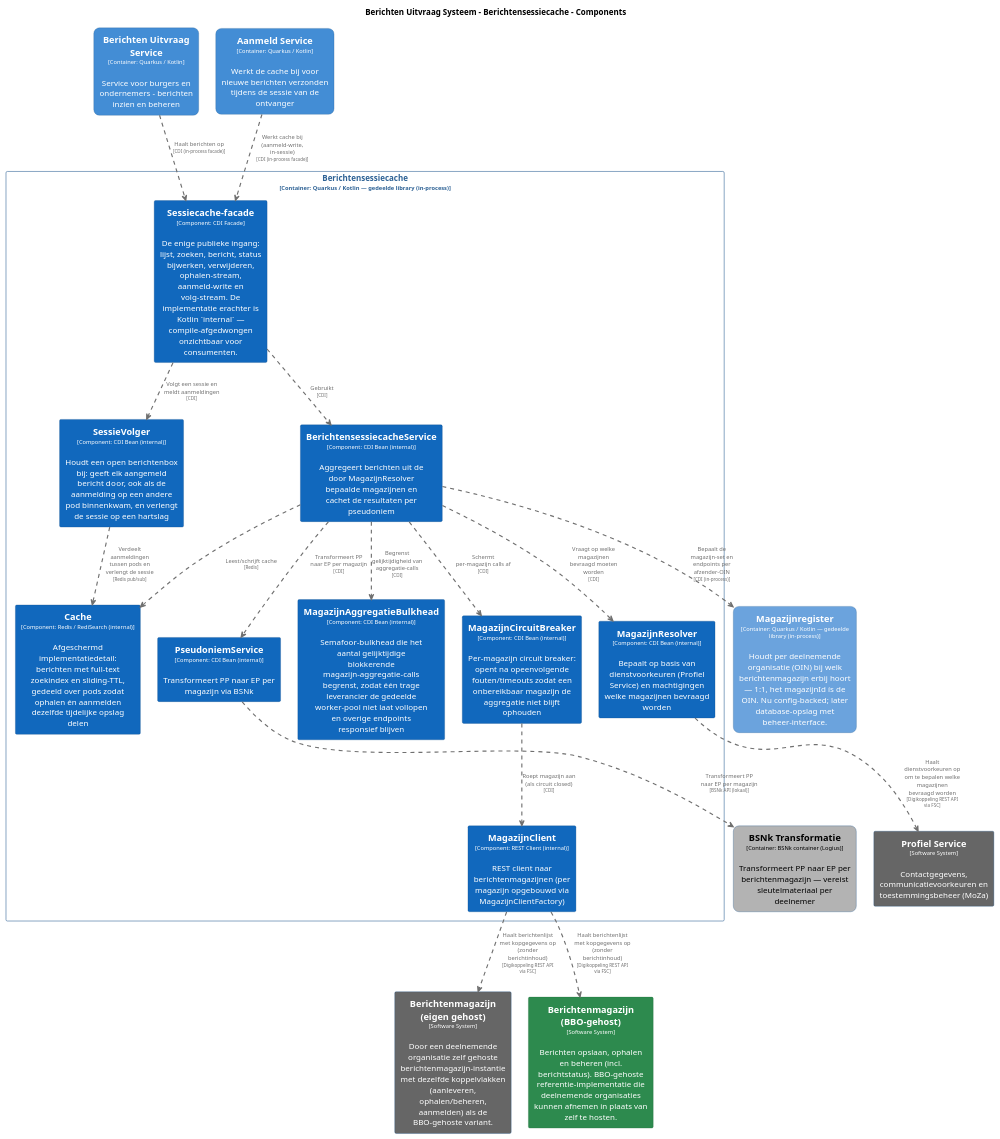
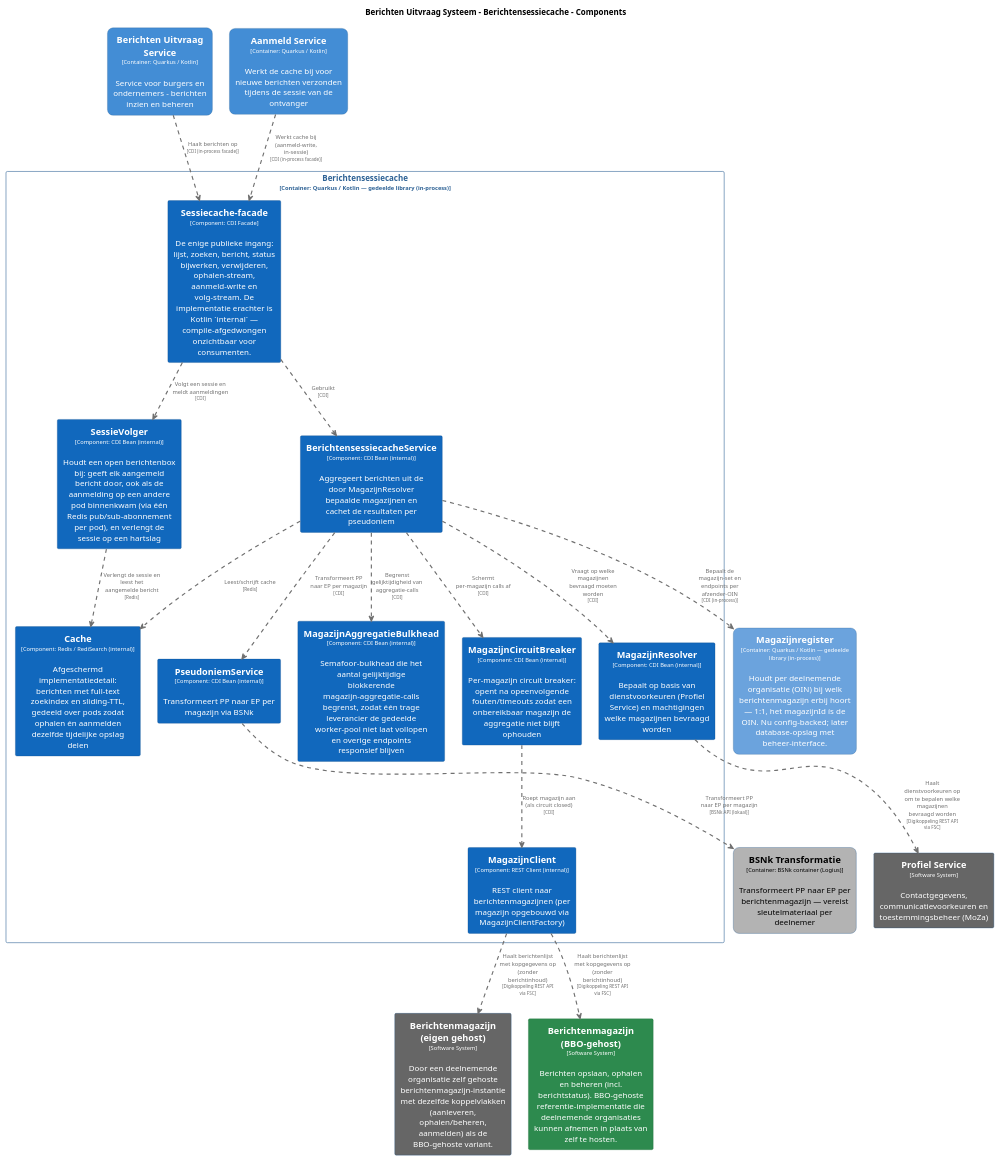
Before and after one commit to MinBZK/moza-poc-fbs-berichtenbox: the diagram in pr-preview/pr-336/master/puml/BerichtensessiecacheComponenten.puml, drawn with PlantUML. The commit also changed 7 other files, not shown here.

```diff
--- a/pr-preview/pr-336/master/puml/BerichtensessiecacheComponenten.puml
+++ b/pr-preview/pr-336/master/puml/BerichtensessiecacheComponenten.puml
@@ -1,160 +1,160 @@
 @startuml
 set separator none
 title Berichten Uitvraag Systeem - Berichtensessiecache - Components
 
 top to bottom direction
 skinparam ranksep 60
 skinparam nodesep 30
 
 skinparam {
   arrowFontSize 10
   defaultTextAlignment center
   wrapWidth 200
   maxMessageSize 100
 }
 
 hide stereotype
 
 skinparam rectangle<<BerichtenUitvraagSysteem.AanmeldService>> {
   BackgroundColor #438dd5
   FontColor #ffffff
   BorderColor #2e6295
   roundCorner 20
   shadowing false
 }
 skinparam rectangle<<BerichtenUitvraagSysteem.BSNkTransformatie>> {
   BackgroundColor #b3b3b3
   FontColor #000000
   BorderColor #0b4884
   roundCorner 20
   shadowing false
 }
 skinparam rectangle<<BerichtenUitvraagSysteem.BerichtenUitvraagService>> {
   BackgroundColor #438dd5
   FontColor #ffffff
   BorderColor #2e6295
   roundCorner 20
   shadowing false
 }
 skinparam rectangle<<BerichtenmagazijnBBOgehost>> {
   BackgroundColor #2d8a4e
   FontColor #ffffff
   BorderColor #1e6b38
   shadowing false
 }
 skinparam rectangle<<Berichtenmagazijneigengehost>> {
   BackgroundColor #666666
   FontColor #ffffff
   BorderColor #0b4884
   shadowing false
 }
 skinparam rectangle<<BerichtenUitvraagSysteem.Berichtensessiecache.BerichtensessiecacheService>> {
   BackgroundColor #1168bd
   FontColor #ffffff
   BorderColor #0b4884
   shadowing false
 }
 skinparam rectangle<<BerichtenUitvraagSysteem.Berichtensessiecache.Cache>> {
   BackgroundColor #1168bd
   FontColor #ffffff
   BorderColor #0b4884
   shadowing false
 }
 skinparam rectangle<<BerichtenUitvraagSysteem.Berichtensessiecache.MagazijnAggregatieBulkhead>> {
   BackgroundColor #1168bd
   FontColor #ffffff
   BorderColor #0b4884
   shadowing false
 }
 skinparam rectangle<<BerichtenUitvraagSysteem.Berichtensessiecache.MagazijnCircuitBreaker>> {
   BackgroundColor #1168bd
   FontColor #ffffff
   BorderColor #0b4884
   shadowing false
 }
 skinparam rectangle<<BerichtenUitvraagSysteem.Berichtensessiecache.MagazijnClient>> {
   BackgroundColor #1168bd
   FontColor #ffffff
   BorderColor #0b4884
   shadowing false
 }
 skinparam rectangle<<BerichtenUitvraagSysteem.Berichtensessiecache.MagazijnResolver>> {
   BackgroundColor #1168bd
   FontColor #ffffff
   BorderColor #0b4884
   shadowing false
 }
 skinparam rectangle<<BerichtenUitvraagSysteem.Magazijnregister>> {
   BackgroundColor #6ba3dd
   FontColor #ffffff
   BorderColor #2e6295
   roundCorner 20
   shadowing false
 }
 skinparam rectangle<<ProfielService>> {
   BackgroundColor #666666
   FontColor #ffffff
   BorderColor #0b4884
   shadowing false
 }
 skinparam rectangle<<BerichtenUitvraagSysteem.Berichtensessiecache.PseudoniemService>> {
   BackgroundColor #1168bd
   FontColor #ffffff
   BorderColor #0b4884
   shadowing false
 }
 skinparam rectangle<<BerichtenUitvraagSysteem.Berichtensessiecache.SessieVolger>> {
   BackgroundColor #1168bd
   FontColor #ffffff
   BorderColor #0b4884
   shadowing false
 }
 skinparam rectangle<<BerichtenUitvraagSysteem.Berichtensessiecache.Sessiecachefacade>> {
   BackgroundColor #1168bd
   FontColor #ffffff
   BorderColor #0b4884
   shadowing false
 }
 skinparam rectangle<<BerichtenUitvraagSysteem.Berichtensessiecache>> {
   BorderColor #2e6295
   FontColor #2e6295
   shadowing false
 }
 
 rectangle "==Profiel Service\n<size:10>[Software System]</size>\n\nContactgegevens, communicatievoorkeuren en toestemmingsbeheer (MoZa)" <<ProfielService>> as ProfielService
 rectangle "==Berichtenmagazijn (eigen gehost)\n<size:10>[Software System]</size>\n\nDoor een deelnemende organisatie zelf gehoste berichtenmagazijn-instantie met dezelfde koppelvlakken (aanleveren, ophalen/beheren, aanmelden) als de BBO-gehoste variant." <<Berichtenmagazijneigengehost>> as Berichtenmagazijneigengehost
 rectangle "==Berichtenmagazijn (BBO-gehost)\n<size:10>[Software System]</size>\n\nBerichten opslaan, ophalen en beheren (incl. berichtstatus). BBO-gehoste referentie-implementatie die deelnemende organisaties kunnen afnemen in plaats van zelf te hosten." <<BerichtenmagazijnBBOgehost>> as BerichtenmagazijnBBOgehost
 rectangle "==Berichten Uitvraag Service\n<size:10>[Container: Quarkus / Kotlin]</size>\n\nService voor burgers en ondernemers - berichten inzien en beheren" <<BerichtenUitvraagSysteem.BerichtenUitvraagService>> as BerichtenUitvraagSysteem.BerichtenUitvraagService
 rectangle "==BSNk Transformatie\n<size:10>[Container: BSNk container (Logius)]</size>\n\nTransformeert PP naar EP per berichtenmagazijn — vereist sleutelmateriaal per deelnemer" <<BerichtenUitvraagSysteem.BSNkTransformatie>> as BerichtenUitvraagSysteem.BSNkTransformatie
 rectangle "==Aanmeld Service\n<size:10>[Container: Quarkus / Kotlin]</size>\n\nWerkt de cache bij voor nieuwe berichten verzonden tijdens de sessie van de ontvanger" <<BerichtenUitvraagSysteem.AanmeldService>> as BerichtenUitvraagSysteem.AanmeldService
 rectangle "==Magazijnregister\n<size:10>[Container: Quarkus / Kotlin — gedeelde library (in-process)]</size>\n\nHoudt per deelnemende organisatie (OIN) bij welk berichtenmagazijn erbij hoort — 1:1, het magazijnId ís de OIN. Nu config-backed; later database-opslag met beheer-interface." <<BerichtenUitvraagSysteem.Magazijnregister>> as BerichtenUitvraagSysteem.Magazijnregister
 
 rectangle "Berichtensessiecache\n<size:10>[Container: Quarkus / Kotlin — gedeelde library (in-process)]</size>" <<BerichtenUitvraagSysteem.Berichtensessiecache>> {
   rectangle "==Sessiecache-facade\n<size:10>[Component: CDI Facade]</size>\n\nDe enige publieke ingang: lijst, zoeken, bericht, status bijwerken, verwijderen, ophalen-stream, aanmeld-write en volg-stream. De implementatie erachter is Kotlin `internal` — compile-afgedwongen onzichtbaar voor consumenten." <<BerichtenUitvraagSysteem.Berichtensessiecache.Sessiecachefacade>> as BerichtenUitvraagSysteem.Berichtensessiecache.Sessiecachefacade
   rectangle "==MagazijnResolver\n<size:10>[Component: CDI Bean (internal)]</size>\n\nBepaalt op basis van dienstvoorkeuren (Profiel Service) en machtigingen welke magazijnen bevraagd worden" <<BerichtenUitvraagSysteem.Berichtensessiecache.MagazijnResolver>> as BerichtenUitvraagSysteem.Berichtensessiecache.MagazijnResolver
   rectangle "==PseudoniemService\n<size:10>[Component: CDI Bean (internal)]</size>\n\nTransformeert PP naar EP per magazijn via BSNk" <<BerichtenUitvraagSysteem.Berichtensessiecache.PseudoniemService>> as BerichtenUitvraagSysteem.Berichtensessiecache.PseudoniemService
   rectangle "==BerichtensessiecacheService\n<size:10>[Component: CDI Bean (internal)]</size>\n\nAggregeert berichten uit de door MagazijnResolver bepaalde magazijnen en cachet de resultaten per pseudoniem" <<BerichtenUitvraagSysteem.Berichtensessiecache.BerichtensessiecacheService>> as BerichtenUitvraagSysteem.Berichtensessiecache.BerichtensessiecacheService
   rectangle "==Cache\n<size:10>[Component: Redis / RediSearch (internal)]</size>\n\nAfgeschermd implementatiedetail: berichten met full-text zoekindex en sliding-TTL, gedeeld over pods zodat ophalen én aanmelden dezelfde tijdelijke opslag delen" <<BerichtenUitvraagSysteem.Berichtensessiecache.Cache>> as BerichtenUitvraagSysteem.Berichtensessiecache.Cache
   rectangle "==MagazijnAggregatieBulkhead\n<size:10>[Component: CDI Bean (internal)]</size>\n\nSemafoor-bulkhead die het aantal gelijktijdige blokkerende magazijn-aggregatie-calls begrenst, zodat één trage leverancier de gedeelde worker-pool niet laat vollopen en overige endpoints responsief blijven" <<BerichtenUitvraagSysteem.Berichtensessiecache.MagazijnAggregatieBulkhead>> as BerichtenUitvraagSysteem.Berichtensessiecache.MagazijnAggregatieBulkhead
   rectangle "==MagazijnCircuitBreaker\n<size:10>[Component: CDI Bean (internal)]</size>\n\nPer-magazijn circuit breaker: opent na opeenvolgende fouten/timeouts zodat een onbereikbaar magazijn de aggregatie niet blijft ophouden" <<BerichtenUitvraagSysteem.Berichtensessiecache.MagazijnCircuitBreaker>> as BerichtenUitvraagSysteem.Berichtensessiecache.MagazijnCircuitBreaker
   rectangle "==MagazijnClient\n<size:10>[Component: REST Client (internal)]</size>\n\nREST client naar berichtenmagazijnen (per magazijn opgebouwd via MagazijnClientFactory)" <<BerichtenUitvraagSysteem.Berichtensessiecache.MagazijnClient>> as BerichtenUitvraagSysteem.Berichtensessiecache.MagazijnClient
-  rectangle "==SessieVolger\n<size:10>[Component: CDI Bean (internal)]</size>\n\nHoudt een open berichtenbox bij: geeft elk aangemeld bericht door, ook als de aanmelding op een andere pod binnenkwam, en verlengt de sessie op een hartslag" <<BerichtenUitvraagSysteem.Berichtensessiecache.SessieVolger>> as BerichtenUitvraagSysteem.Berichtensessiecache.SessieVolger
+  rectangle "==SessieVolger\n<size:10>[Component: CDI Bean (internal)]</size>\n\nHoudt een open berichtenbox bij: geeft elk aangemeld bericht door, ook als de aanmelding op een andere pod binnenkwam (via één Redis pub/sub-abonnement per pod), en verlengt de sessie op een hartslag" <<BerichtenUitvraagSysteem.Berichtensessiecache.SessieVolger>> as BerichtenUitvraagSysteem.Berichtensessiecache.SessieVolger
 }
 
 BerichtenUitvraagSysteem.Berichtensessiecache.MagazijnClient .[#707070,thickness=2].> Berichtenmagazijneigengehost : "<color:#707070>Haalt berichtenlijst met kopgegevens op (zonder berichtinhoud)\n<color:#707070><size:8>[Digikoppeling REST API via FSC]</size>"
 BerichtenUitvraagSysteem.Berichtensessiecache.MagazijnResolver .[#707070,thickness=2].> ProfielService : "<color:#707070>Haalt dienstvoorkeuren op om te bepalen welke magazijnen bevraagd worden\n<color:#707070><size:8>[Digikoppeling REST API via FSC]</size>"
 BerichtenUitvraagSysteem.Berichtensessiecache.MagazijnClient .[#707070,thickness=2].> BerichtenmagazijnBBOgehost : "<color:#707070>Haalt berichtenlijst met kopgegevens op (zonder berichtinhoud)\n<color:#707070><size:8>[Digikoppeling REST API via FSC]</size>"
 BerichtenUitvraagSysteem.Berichtensessiecache.Sessiecachefacade .[#707070,thickness=2].> BerichtenUitvraagSysteem.Berichtensessiecache.BerichtensessiecacheService : "<color:#707070>Gebruikt\n<color:#707070><size:8>[CDI]</size>"
 BerichtenUitvraagSysteem.Berichtensessiecache.Sessiecachefacade .[#707070,thickness=2].> BerichtenUitvraagSysteem.Berichtensessiecache.SessieVolger : "<color:#707070>Volgt een sessie en meldt aanmeldingen\n<color:#707070><size:8>[CDI]</size>"
-BerichtenUitvraagSysteem.Berichtensessiecache.SessieVolger .[#707070,thickness=2].> BerichtenUitvraagSysteem.Berichtensessiecache.Cache : "<color:#707070>Verdeelt aanmeldingen tussen pods en verlengt de sessie\n<color:#707070><size:8>[Redis pub/sub]</size>"
+BerichtenUitvraagSysteem.Berichtensessiecache.SessieVolger .[#707070,thickness=2].> BerichtenUitvraagSysteem.Berichtensessiecache.Cache : "<color:#707070>Verlengt de sessie en leest het aangemelde bericht\n<color:#707070><size:8>[Redis]</size>"
 BerichtenUitvraagSysteem.Berichtensessiecache.BerichtensessiecacheService .[#707070,thickness=2].> BerichtenUitvraagSysteem.Berichtensessiecache.MagazijnResolver : "<color:#707070>Vraagt op welke magazijnen bevraagd moeten worden\n<color:#707070><size:8>[CDI]</size>"
 BerichtenUitvraagSysteem.Berichtensessiecache.BerichtensessiecacheService .[#707070,thickness=2].> BerichtenUitvraagSysteem.Berichtensessiecache.PseudoniemService : "<color:#707070>Transformeert PP naar EP per magazijn\n<color:#707070><size:8>[CDI]</size>"
 BerichtenUitvraagSysteem.Berichtensessiecache.BerichtensessiecacheService .[#707070,thickness=2].> BerichtenUitvraagSysteem.Berichtensessiecache.Cache : "<color:#707070>Leest/schrijft cache\n<color:#707070><size:8>[Redis]</size>"
 BerichtenUitvraagSysteem.Berichtensessiecache.BerichtensessiecacheService .[#707070,thickness=2].> BerichtenUitvraagSysteem.Berichtensessiecache.MagazijnAggregatieBulkhead : "<color:#707070>Begrenst gelijktijdigheid van aggregatie-calls\n<color:#707070><size:8>[CDI]</size>"
 BerichtenUitvraagSysteem.Berichtensessiecache.BerichtensessiecacheService .[#707070,thickness=2].> BerichtenUitvraagSysteem.Berichtensessiecache.MagazijnCircuitBreaker : "<color:#707070>Schermt per-magazijn calls af\n<color:#707070><size:8>[CDI]</size>"
 BerichtenUitvraagSysteem.Berichtensessiecache.MagazijnCircuitBreaker .[#707070,thickness=2].> BerichtenUitvraagSysteem.Berichtensessiecache.MagazijnClient : "<color:#707070>Roept magazijn aan (als circuit closed)\n<color:#707070><size:8>[CDI]</size>"
 BerichtenUitvraagSysteem.Berichtensessiecache.PseudoniemService .[#707070,thickness=2].> BerichtenUitvraagSysteem.BSNkTransformatie : "<color:#707070>Transformeert PP naar EP per magazijn\n<color:#707070><size:8>[BSNk API (lokaal)]</size>"
 BerichtenUitvraagSysteem.AanmeldService .[#707070,thickness=2].> BerichtenUitvraagSysteem.Berichtensessiecache.Sessiecachefacade : "<color:#707070>Werkt cache bij (aanmeld-write, in-sessie)\n<color:#707070><size:8>[CDI (in-process facade)]</size>"
 BerichtenUitvraagSysteem.BerichtenUitvraagService .[#707070,thickness=2].> BerichtenUitvraagSysteem.Berichtensessiecache.Sessiecachefacade : "<color:#707070>Haalt berichten op\n<color:#707070><size:8>[CDI (in-process facade)]</size>"
 BerichtenUitvraagSysteem.Berichtensessiecache.BerichtensessiecacheService .[#707070,thickness=2].> BerichtenUitvraagSysteem.Magazijnregister : "<color:#707070>Bepaalt de magazijn-set en endpoints per afzender-OIN\n<color:#707070><size:8>[CDI (in-process)]</size>"
 @enduml
```
